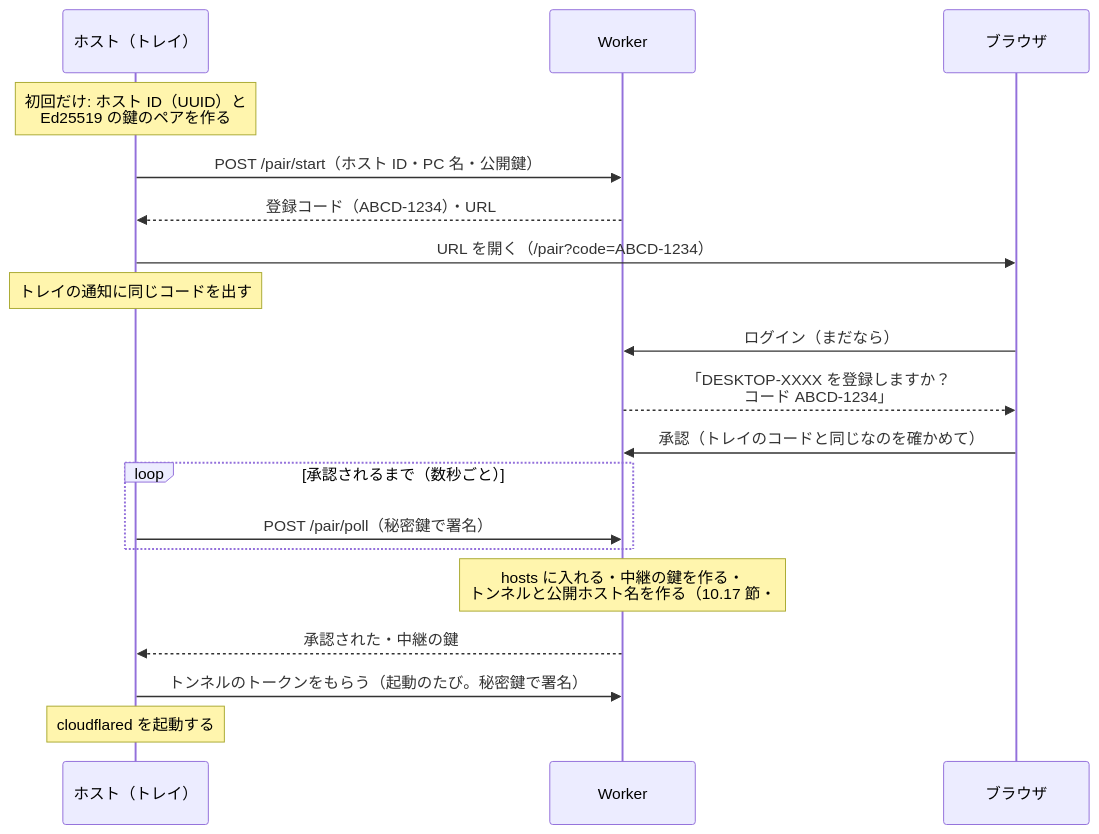
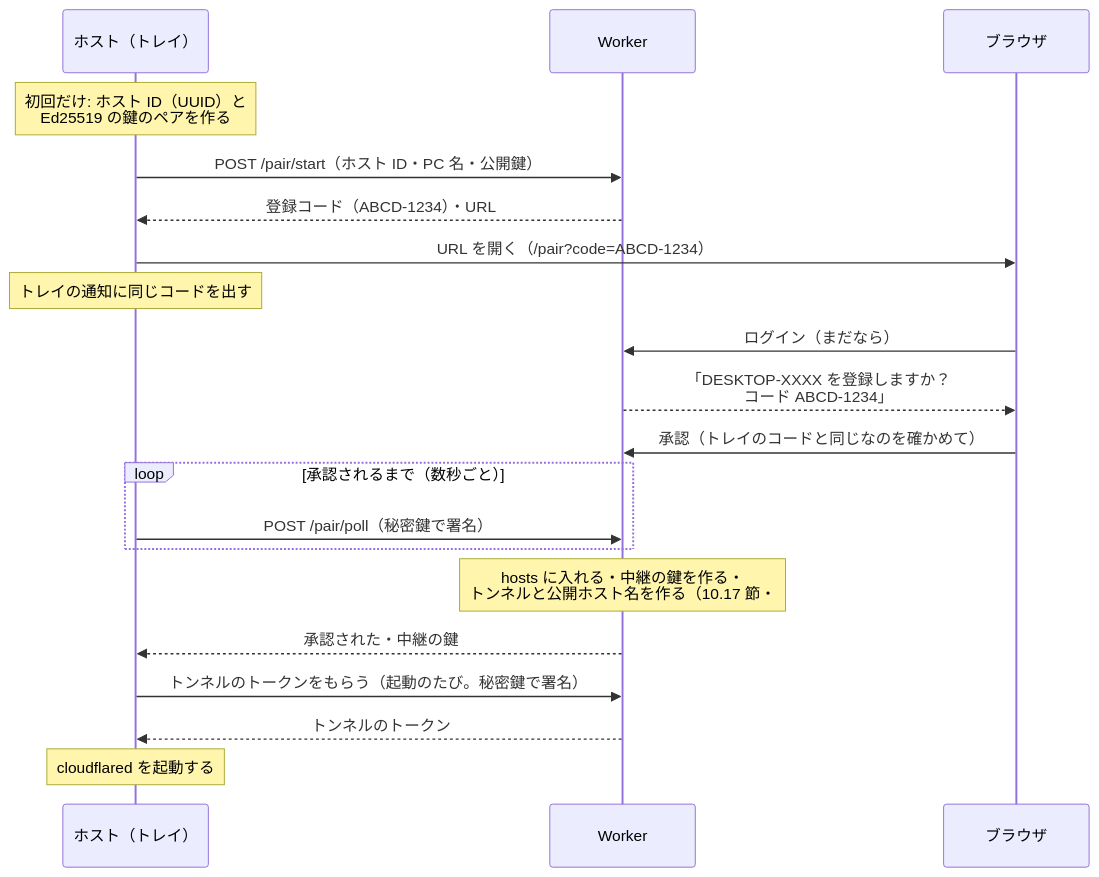
Before and after one commit to Studio-Takumi/remote-whisper: the second of 3 diagrams in docs/spec/cloud.md, drawn with Mermaid. The commit also changed other lines of this file, not shown here.

````diff
--- a/docs/spec/cloud.md
+++ b/docs/spec/cloud.md
@@ -97,21 +97,22 @@
 ```mermaid
 sequenceDiagram
     participant T as ホスト（トレイ）
     participant W as Worker
     participant B as ブラウザ
     Note over T: 初回だけ: ホスト ID（UUID）と<br/>Ed25519 の鍵のペアを作る
     T->>W: POST /pair/start（ホスト ID・PC 名・公開鍵）
     W-->>T: 登録コード（ABCD-1234）・URL
     T->>B: URL を開く（/pair?code=ABCD-1234）
     Note over T: トレイの通知に同じコードを出す
     B->>W: ログイン（まだなら）
     W-->>B: 「DESKTOP-XXXX を登録しますか？<br/>コード ABCD-1234」
     B->>W: 承認（トレイのコードと同じなのを確かめて）
     loop 承認されるまで（数秒ごと）
         T->>W: POST /pair/poll（秘密鍵で署名）
     end
     Note over W: hosts に入れる・中継の鍵を作る・<br/>トンネルと公開ホスト名を作る（10.17 節・#159）
     W-->>T: 承認された・中継の鍵
     T->>W: トンネルのトークンをもらう（起動のたび。秘密鍵で署名）
+    W-->>T: トンネルのトークン
     Note over T: cloudflared を起動する
 ```
````
